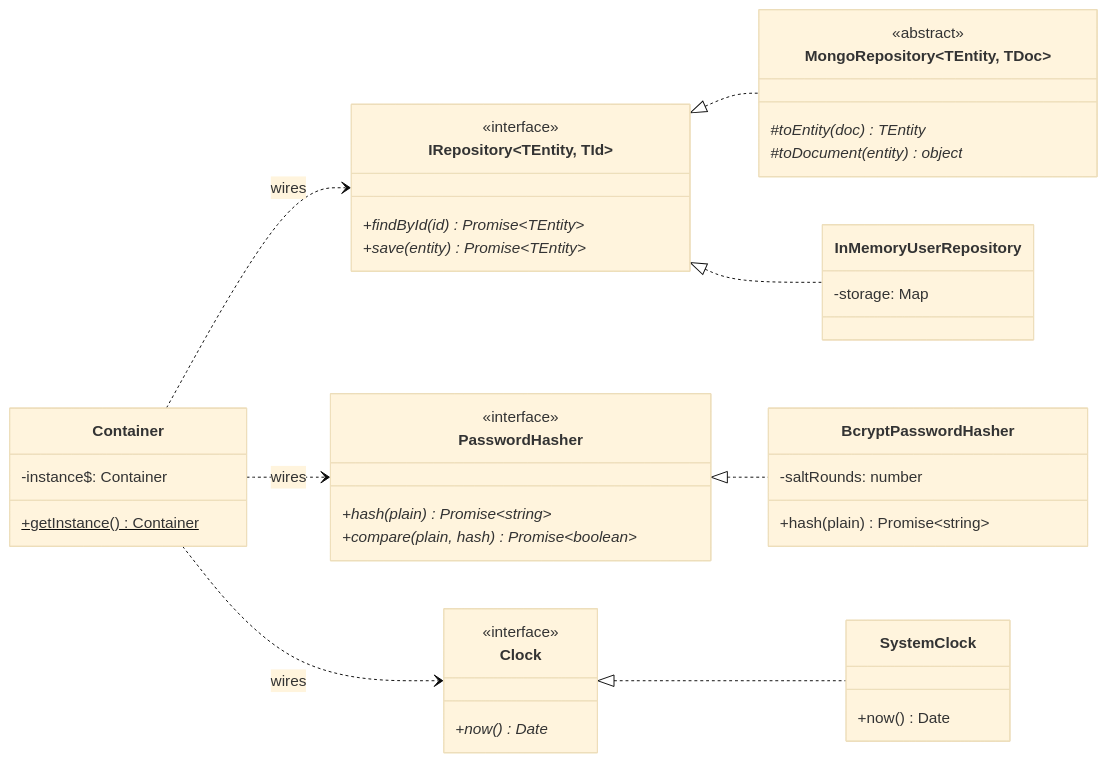
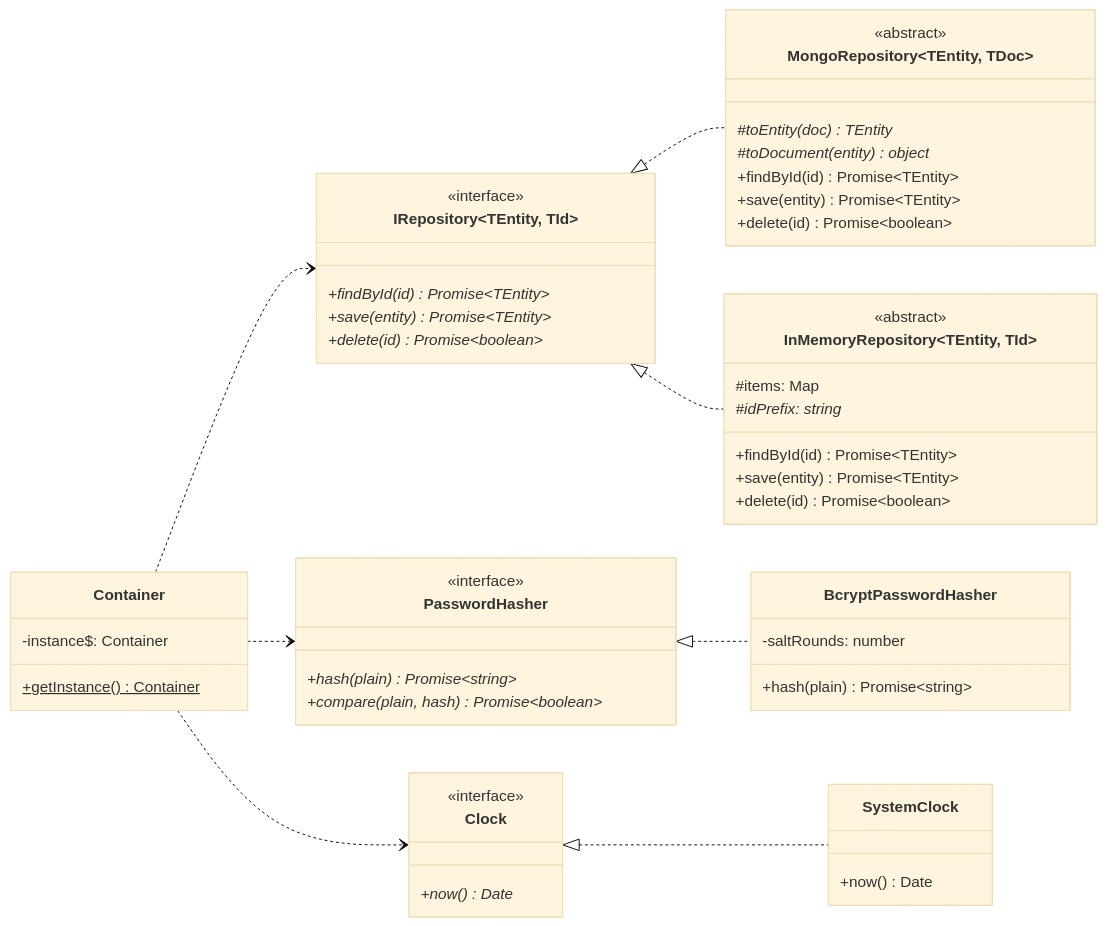
One commit to 202417221-LeDinhVinh/ronansat-oop-demo changed the diagram in docs/uml/03b-repository-architecture.mmd. Above: the diagram before and after it, drawn with Mermaid (base theme). The commit also changed 122 other files, not shown here.

Commit message:
feat(v3): UML and slides for observer/exceptions, mobile vocab fix, README v3, cleanup

```diff
--- a/docs/uml/03b-repository-architecture.mmd
+++ b/docs/uml/03b-repository-architecture.mmd
@@ -1,52 +1,61 @@
 classDiagram
     direction LR
 
     class Container {
         -instance$: Container
         +getInstance()$ Container
     }
 
     class IRepository~TEntity, TId~ {
         <<interface>>
         +findById(id)* Promise~TEntity~
         +save(entity)* Promise~TEntity~
+        +delete(id)* Promise~boolean~
     }
 
     class MongoRepository~TEntity, TDoc~ {
         <<abstract>>
         #toEntity(doc)* TEntity
         #toDocument(entity)* object
+        +findById(id) Promise~TEntity~
+        +save(entity) Promise~TEntity~
+        +delete(id) Promise~boolean~
     }
 
-    class InMemoryUserRepository {
-        -storage: Map
+    class InMemoryRepository~TEntity, TId~ {
+        <<abstract>>
+        #items: Map
+        #idPrefix: string*
+        +findById(id) Promise~TEntity~
+        +save(entity) Promise~TEntity~
+        +delete(id) Promise~boolean~
     }
 
     class PasswordHasher {
         <<interface>>
         +hash(plain)* Promise~string~
         +compare(plain, hash)* Promise~boolean~
     }
 
     class BcryptPasswordHasher {
         -saltRounds: number
         +hash(plain) Promise~string~
     }
 
     class Clock {
         <<interface>>
         +now()* Date
     }
 
     class SystemClock {
         +now() Date
     }
 
-    Container ..> IRepository : wires
-    Container ..> PasswordHasher : wires
-    Container ..> Clock : wires
+    Container ..> IRepository
+    Container ..> PasswordHasher
+    Container ..> Clock
 
     IRepository <|.. MongoRepository
-    IRepository <|.. InMemoryUserRepository
+    IRepository <|.. InMemoryRepository
     PasswordHasher <|.. BcryptPasswordHasher
     Clock <|.. SystemClock
```
